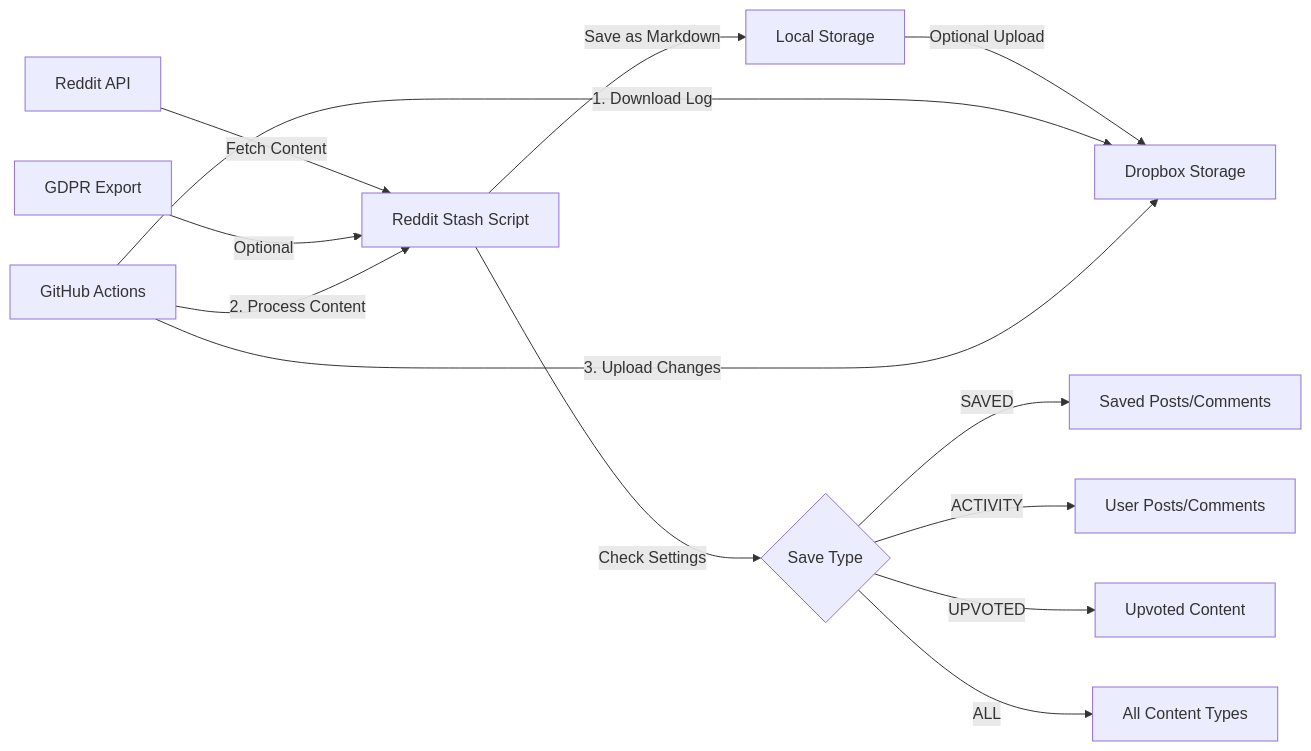
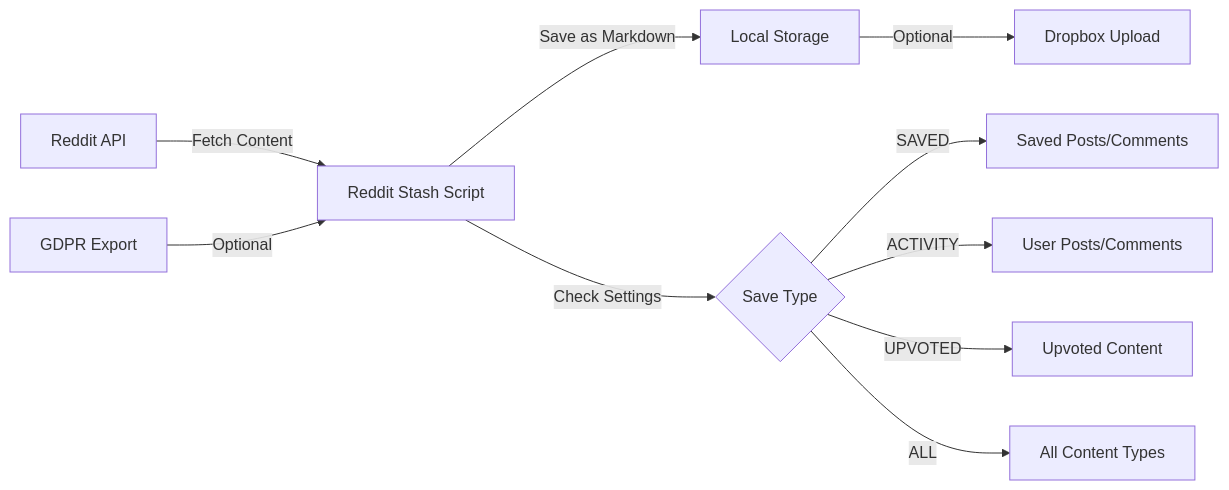
The diagram in README.md (rhnfzl/reddit-stash), drawn with Mermaid before and after one commit.

Commit message:
Updated readme for the readability

````diff
--- a/README.md
+++ b/README.md
@@ -67,17 +67,12 @@
 ```mermaid
 graph LR
     A[Reddit API] -->|Fetch Content| B[Reddit Stash Script]
     B -->|Save as Markdown| C[Local Storage]
     B -->|Check Settings| D{Save Type}
     D -->|SAVED| E[Saved Posts/Comments]
     D -->|ACTIVITY| F[User Posts/Comments]
     D -->|UPVOTED| G[Upvoted Content]
     D -->|ALL| H[All Content Types]
-    C -->|Optional Upload| I[Dropbox Storage]
+    C -->|Optional| I[Dropbox Upload]
     J[GDPR Export] -->|Optional| B
-    
-    %% GitHub Actions Flow
-    K[GitHub Actions] -->|1. Download Log| I
-    K -->|2. Process Content| B
-    K -->|3. Upload Changes| I
 ```
````
